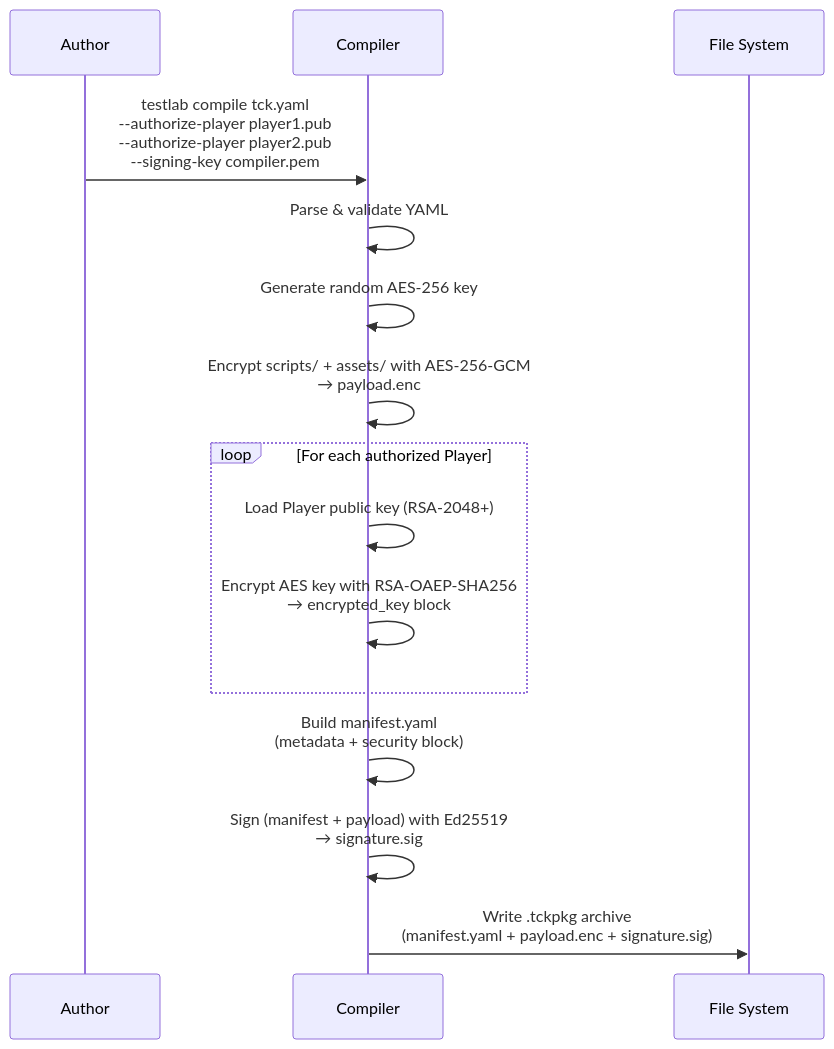
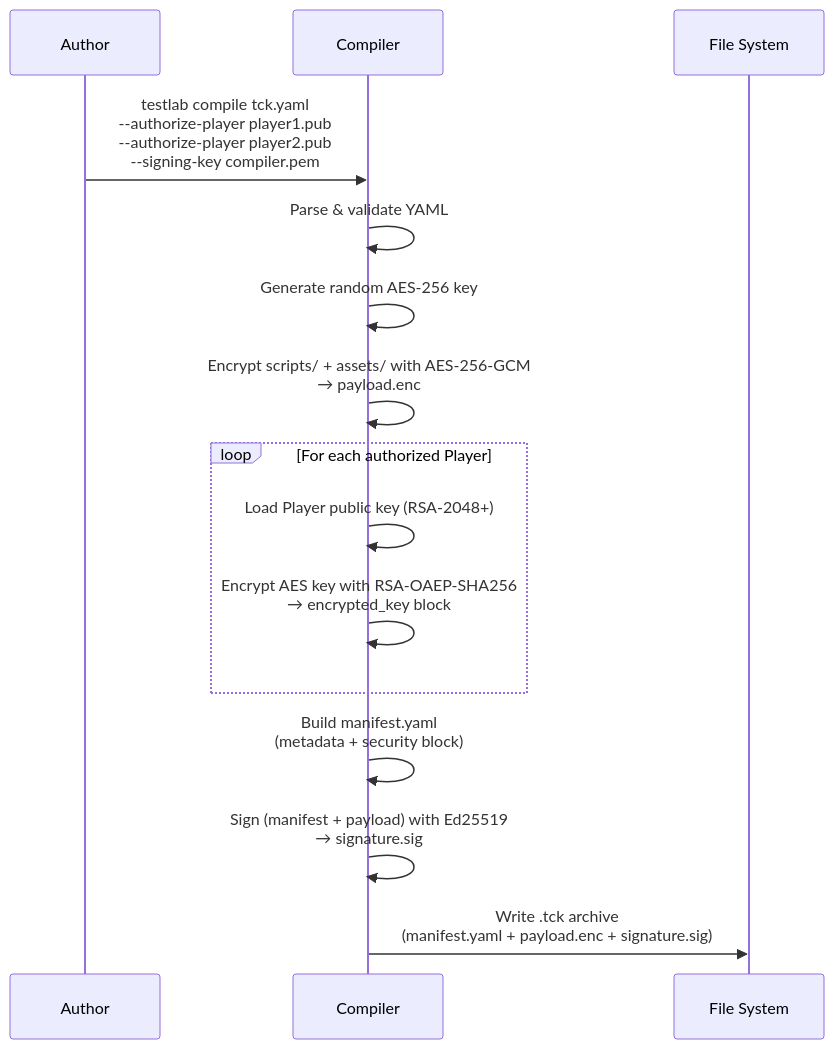
The tenth of 15 diagrams in docs/specification/specification/concepts.md (eclipse-tractusx/tractusx-testlab), drawn with Mermaid before and after one commit. The commit also changed other lines of this file and 305 other files, not shown here.

````diff
--- a/docs/specification/specification/concepts.md
+++ b/docs/specification/specification/concepts.md
@@ -417,21 +417,21 @@
 ```mermaid
 sequenceDiagram
     participant Author as Author
     participant Compiler as Compiler
     participant FS as File System
 
     Author->>Compiler: testlab compile tck.yaml<br/>--authorize-player player1.pub<br/>--authorize-player player2.pub<br/>--signing-key compiler.pem
 
     Compiler->>Compiler: Parse & validate YAML
     Compiler->>Compiler: Generate random AES-256 key
     Compiler->>Compiler: Encrypt scripts/ + assets/ with AES-256-GCM<br/>→ payload.enc
 
     loop For each authorized Player
         Compiler->>Compiler: Load Player public key (RSA-2048+)
         Compiler->>Compiler: Encrypt AES key with RSA-OAEP-SHA256<br/>→ encrypted_key block
     end
 
     Compiler->>Compiler: Build manifest.yaml<br/>(metadata + security block)
     Compiler->>Compiler: Sign (manifest + payload) with Ed25519<br/>→ signature.sig
-    Compiler->>FS: Write .tckpkg archive<br/>(manifest.yaml + payload.enc + signature.sig)
+    Compiler->>FS: Write .tck archive<br/>(manifest.yaml + payload.enc + signature.sig)
 ```
````
